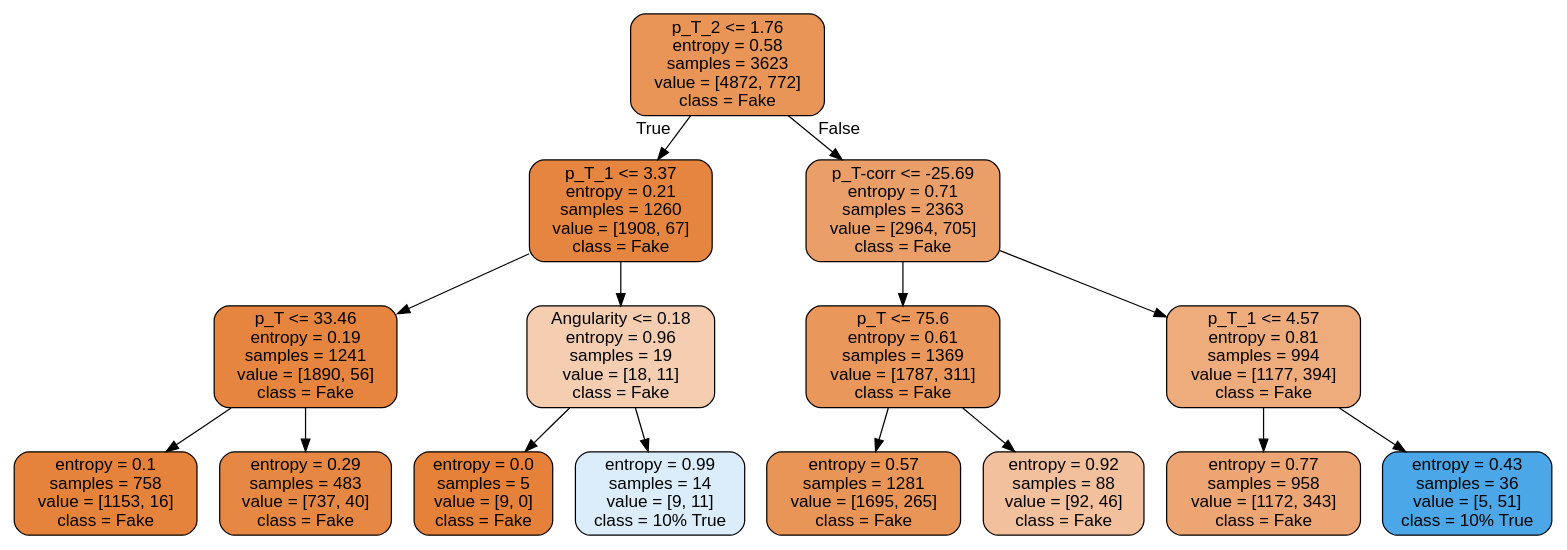
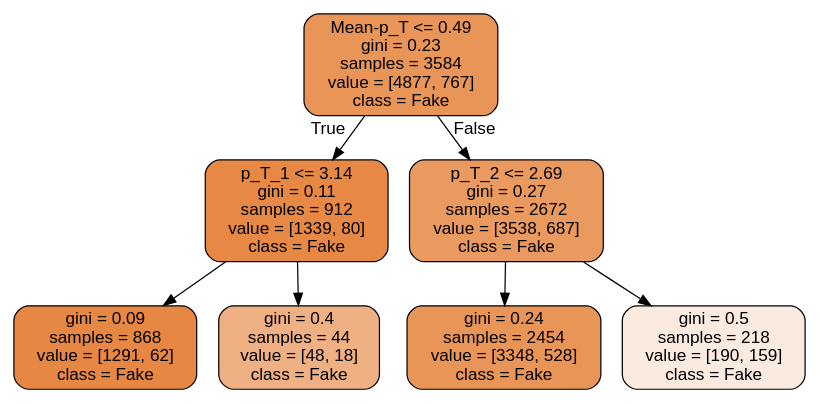
Before and after one commit to Steffanic/ML-Jet-BG-Subtraction: the diagram in Analysis_Code/tree.dot, drawn with Graphviz. The commit also changed 2 other files, not shown here.

```diff
--- a/Analysis_Code/tree.dot
+++ b/Analysis_Code/tree.dot
@@ -1,33 +1,17 @@
 digraph Tree {
 node [shape=box, style="filled, rounded", color="black", fontname=helvetica] ;
 edge [fontname=helvetica] ;
-0 [label="p_T_2 <= 1.76\nentropy = 0.58\nsamples = 3623\nvalue = [4872, 772]\nclass = Fake", fillcolor="#e99558"] ;
-1 [label="p_T_1 <= 3.37\nentropy = 0.21\nsamples = 1260\nvalue = [1908, 67]\nclass = Fake", fillcolor="#e68540"] ;
+0 [label="Mean-p_T <= 0.49\ngini = 0.23\nsamples = 3584\nvalue = [4877, 767]\nclass = Fake", fillcolor="#e99558"] ;
+1 [label="p_T_1 <= 3.14\ngini = 0.11\nsamples = 912\nvalue = [1339, 80]\nclass = Fake", fillcolor="#e78945"] ;
 0 -> 1 [labeldistance=2.5, labelangle=45, headlabel="True"] ;
-2 [label="p_T <= 33.46\nentropy = 0.19\nsamples = 1241\nvalue = [1890, 56]\nclass = Fake", fillcolor="#e6853f"] ;
+2 [label="gini = 0.09\nsamples = 868\nvalue = [1291, 62]\nclass = Fake", fillcolor="#e68743"] ;
 1 -> 2 ;
-3 [label="entropy = 0.1\nsamples = 758\nvalue = [1153, 16]\nclass = Fake", fillcolor="#e5833c"] ;
-2 -> 3 ;
-4 [label="entropy = 0.29\nsamples = 483\nvalue = [737, 40]\nclass = Fake", fillcolor="#e68844"] ;
-2 -> 4 ;
-5 [label="Angularity <= 0.18\nentropy = 0.96\nsamples = 19\nvalue = [18, 11]\nclass = Fake", fillcolor="#f5ceb2"] ;
-1 -> 5 ;
-6 [label="entropy = 0.0\nsamples = 5\nvalue = [9, 0]\nclass = Fake", fillcolor="#e58139"] ;
-5 -> 6 ;
-7 [label="entropy = 0.99\nsamples = 14\nvalue = [9, 11]\nclass = 10% True", fillcolor="#dbedfa"] ;
-5 -> 7 ;
-8 [label="p_T-corr <= -25.69\nentropy = 0.71\nsamples = 2363\nvalue = [2964, 705]\nclass = Fake", fillcolor="#eb9f68"] ;
-0 -> 8 [labeldistance=2.5, labelangle=-45, headlabel="False"] ;
-9 [label="p_T <= 75.6\nentropy = 0.61\nsamples = 1369\nvalue = [1787, 311]\nclass = Fake", fillcolor="#ea975b"] ;
-8 -> 9 ;
-10 [label="entropy = 0.57\nsamples = 1281\nvalue = [1695, 265]\nclass = Fake", fillcolor="#e99558"] ;
-9 -> 10 ;
-11 [label="entropy = 0.92\nsamples = 88\nvalue = [92, 46]\nclass = Fake", fillcolor="#f2c09c"] ;
-9 -> 11 ;
-12 [label="p_T_1 <= 4.57\nentropy = 0.81\nsamples = 994\nvalue = [1177, 394]\nclass = Fake", fillcolor="#eeab7b"] ;
-8 -> 12 ;
-13 [label="entropy = 0.77\nsamples = 958\nvalue = [1172, 343]\nclass = Fake", fillcolor="#eda673"] ;
-12 -> 13 ;
-14 [label="entropy = 0.43\nsamples = 36\nvalue = [5, 51]\nclass = 10% True", fillcolor="#4ca7e8"] ;
-12 -> 14 ;
+3 [label="gini = 0.4\nsamples = 44\nvalue = [48, 18]\nclass = Fake", fillcolor="#efb083"] ;
+1 -> 3 ;
+4 [label="p_T_2 <= 2.69\ngini = 0.27\nsamples = 2672\nvalue = [3538, 687]\nclass = Fake", fillcolor="#ea995f"] ;
+0 -> 4 [labeldistance=2.5, labelangle=-45, headlabel="False"] ;
+5 [label="gini = 0.24\nsamples = 2454\nvalue = [3348, 528]\nclass = Fake", fillcolor="#e99558"] ;
+4 -> 5 ;
+6 [label="gini = 0.5\nsamples = 218\nvalue = [190, 159]\nclass = Fake", fillcolor="#fbeadf"] ;
+4 -> 6 ;
 }
```
